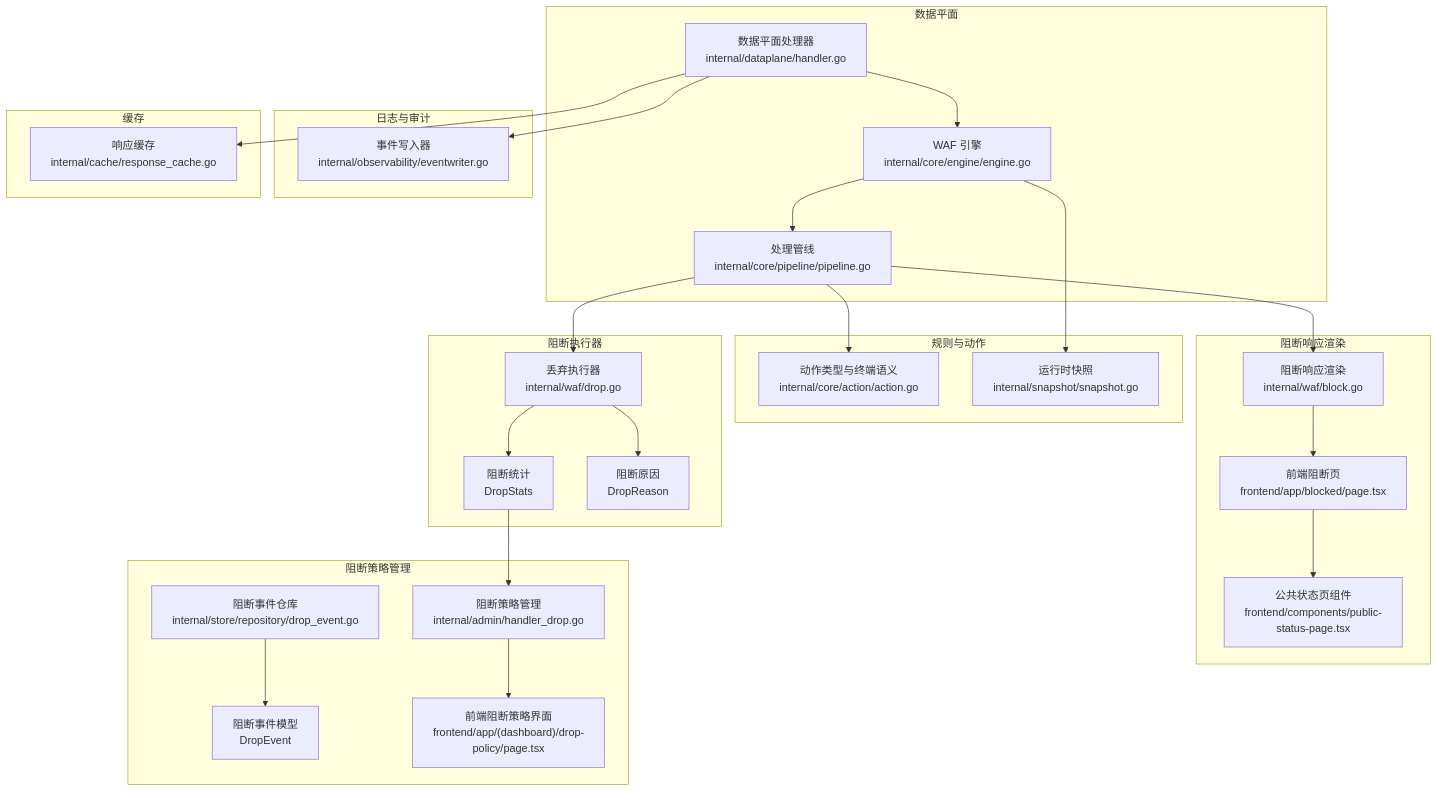
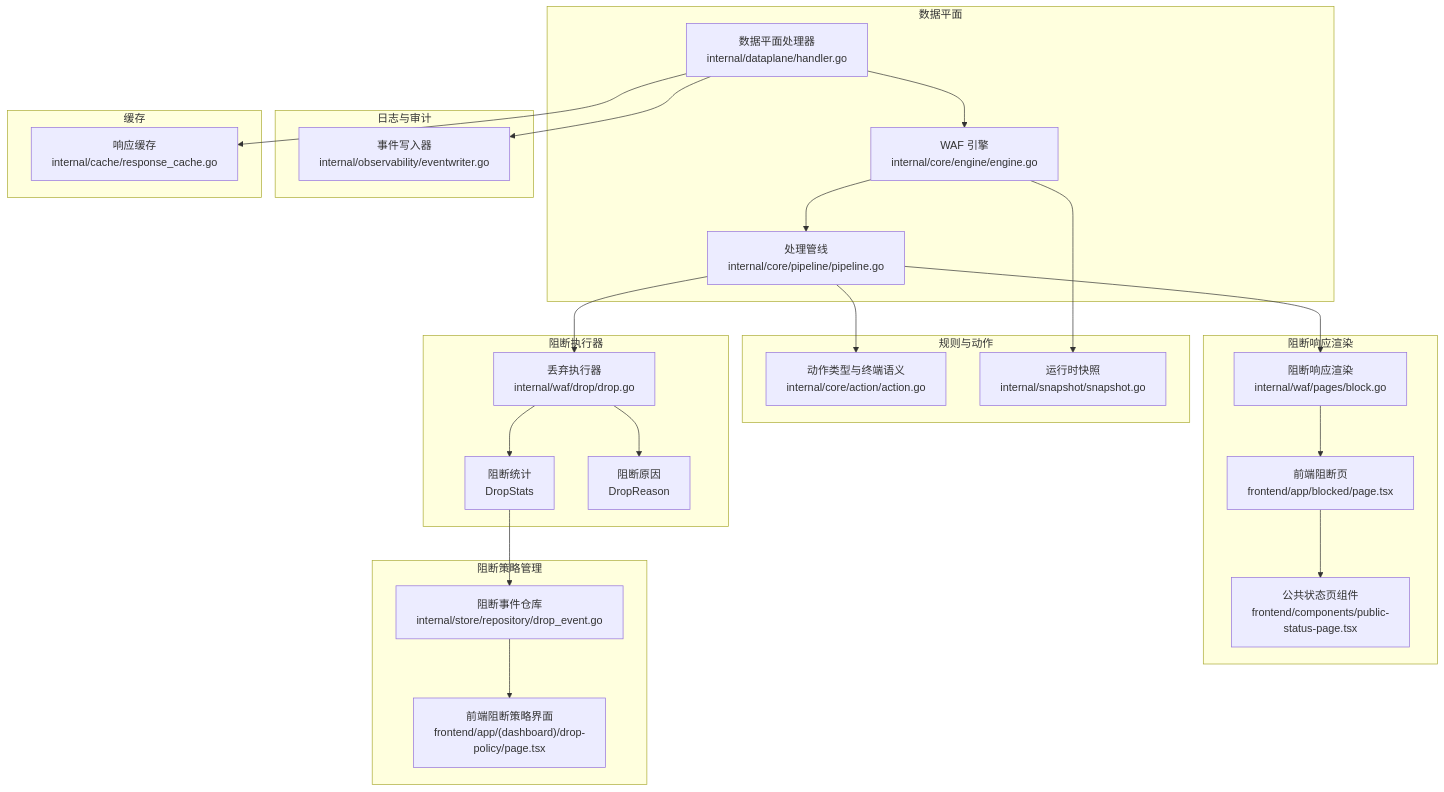
The first of 3 diagrams in docs/安全防护功能/阻断机制.md (x01n/My-OpenWaf), drawn with Mermaid before and after one commit. The commit also changed other lines of this file and 199 other files, not shown here.

````diff
--- a/docs/安全防护功能/阻断机制.md
+++ b/docs/安全防护功能/阻断机制.md
@@ -52,47 +39,44 @@
 ```mermaid
 graph TB
 subgraph "数据平面"
 DP_Handler["数据平面处理器<br/>internal/dataplane/handler.go"]
 Engine["WAF 引擎<br/>internal/core/engine/engine.go"]
 Pipe["处理管线<br/>internal/core/pipeline/pipeline.go"]
 end
 subgraph "规则与动作"
 Action["动作类型与终端语义<br/>internal/core/action/action.go"]
 Snapshot["运行时快照<br/>internal/snapshot/snapshot.go"]
 end
 subgraph "阻断执行器"
-DropExec["丢弃执行器<br/>internal/waf/drop.go"]
+DropExec["丢弃执行器<br/>internal/waf/drop/drop.go"]
 DropStats["阻断统计<br/>DropStats"]
 DropReason["阻断原因<br/>DropReason"]
 end
 subgraph "阻断响应渲染"
-Block["阻断响应渲染<br/>internal/waf/block.go"]
+Block["阻断响应渲染<br/>internal/waf/pages/block.go"]
 PageFE["前端阻断页<br/>frontend/app/blocked/page.tsx"]
 PublicStatus["公共状态页组件<br/>frontend/components/public-status-page.tsx"]
 end
 subgraph "阻断策略管理"
-AdminDrop["阻断策略管理<br/>internal/admin/handler_drop.go"]
 DropRepo["阻断事件仓库<br/>internal/store/repository/drop_event.go"]
-DropModel["阻断事件模型<br/>DropEvent"]
 FrontendDrop["前端阻断策略界面<br/>frontend/app/(dashboard)/drop-policy/page.tsx"]
 end
 subgraph "日志与审计"
 EventWriter["事件写入器<br/>internal/observability/eventwriter.go"]
 end
 subgraph "缓存"
 RespCache["响应缓存<br/>internal/cache/response_cache.go"]
 end
 DP_Handler --> Engine --> Pipe --> Action
 Engine --> Snapshot
 Pipe --> DropExec
 Pipe --> Block
 DropExec --> DropStats
 DropExec --> DropReason
-DropStats --> AdminDrop
-DropRepo --> DropModel
-AdminDrop --> FrontendDrop
+DropStats --> DropRepo
+DropRepo --> FrontendDrop
 Block --> PageFE
 PageFE --> PublicStatus
 DP_Handler --> EventWriter
 DP_Handler --> RespCache
 ```
````
